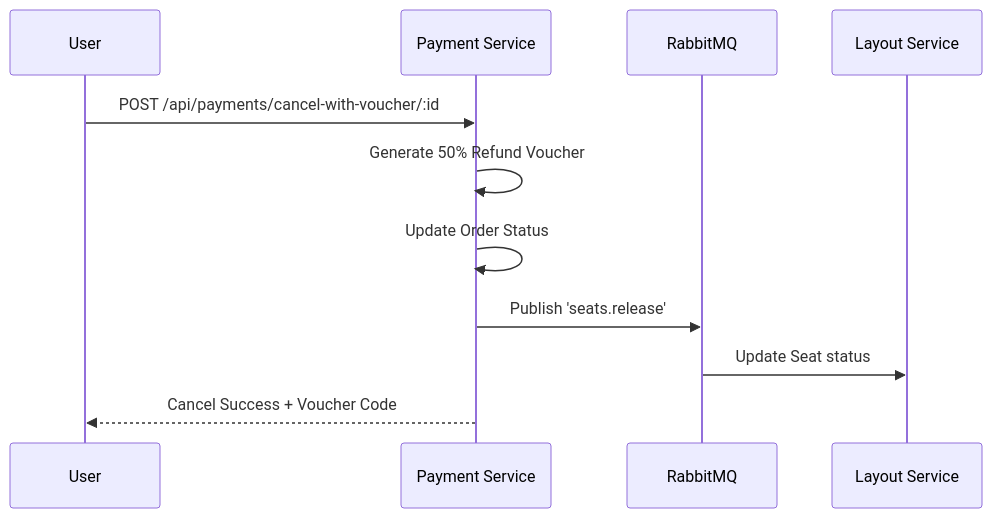
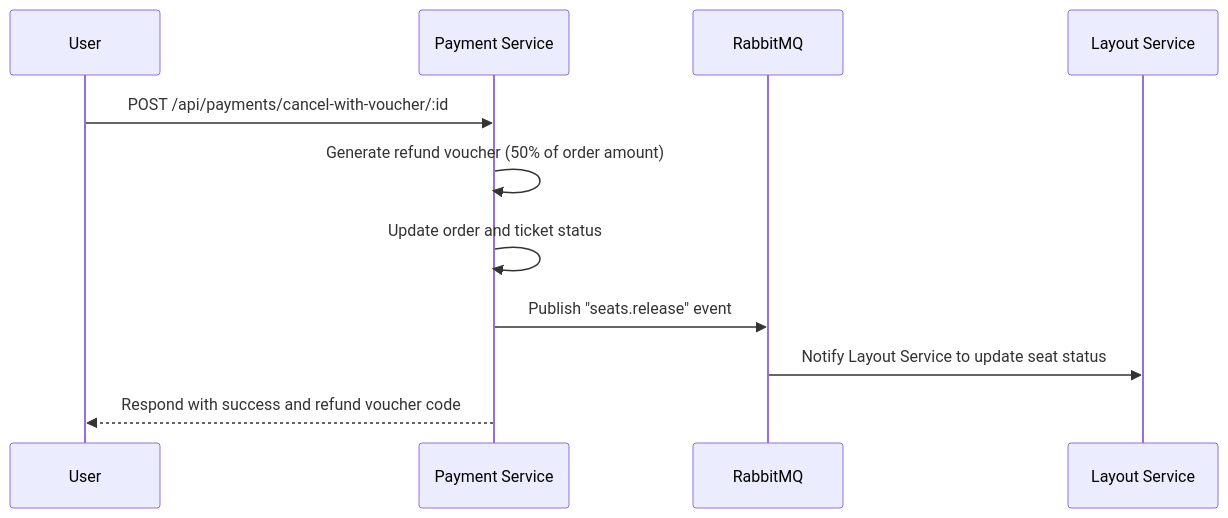
Before and after one commit to SDN-Group5/Event-Ticketing-Platform: the sixth of 28 diagrams in doc/UML/Phuoc_PaymentCheckin.md, drawn with Mermaid. The commit also changed other lines of this file and 19 other files, not shown here.

````diff
--- a/doc/UML/Phuoc_PaymentCheckin.md
+++ b/doc/UML/Phuoc_PaymentCheckin.md
@@ -78,13 +81,13 @@
 ```mermaid
 sequenceDiagram
     participant U as User
     participant P as Payment Service
     participant R as RabbitMQ
     participant L as Layout Service
     U->>P: POST /api/payments/cancel-with-voucher/:id
-    P->>P: Generate 50% Refund Voucher
-    P->>P: Update Order Status
-    P->>R: Publish 'seats.release'
-    R->>L: Update Seat status
-    P-->>U: Cancel Success + Voucher Code
+    P->>P: Generate refund voucher (50% of order amount)
+    P->>P: Update order and ticket status
+    P->>R: Publish "seats.release" event
+    R->>L: Notify Layout Service to update seat status
+    P-->>U: Respond with success and refund voucher code
 ```
````
